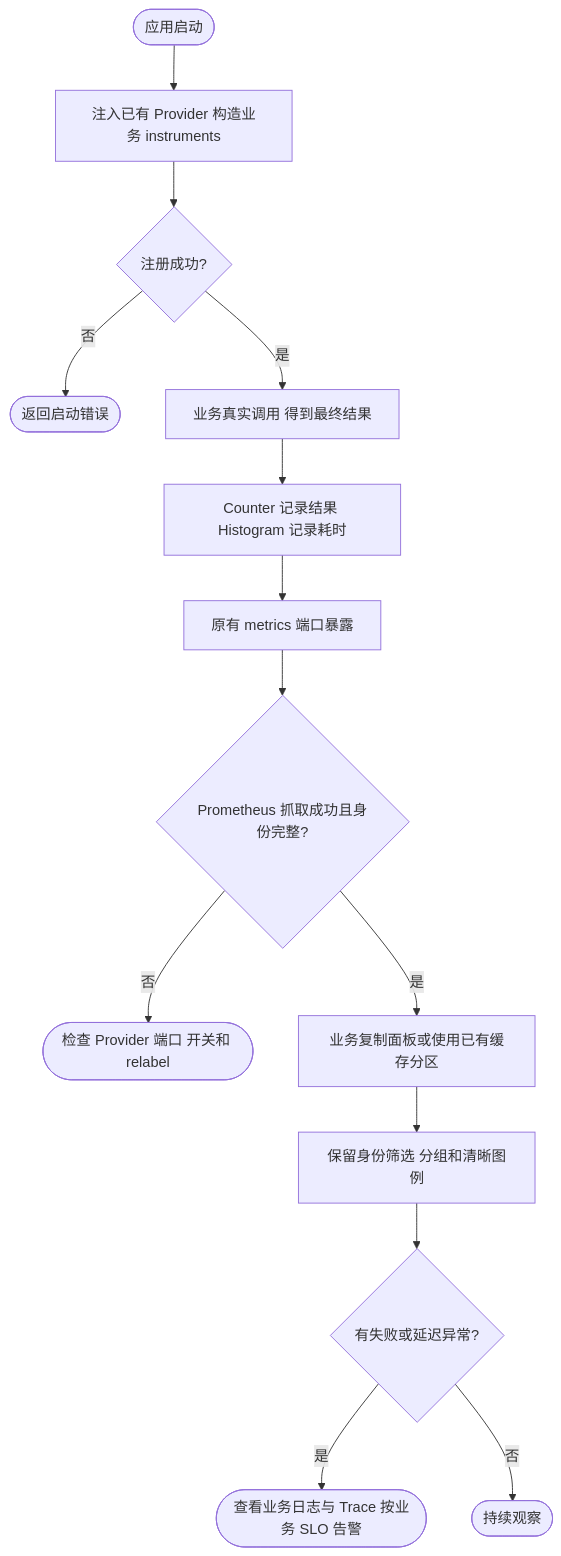
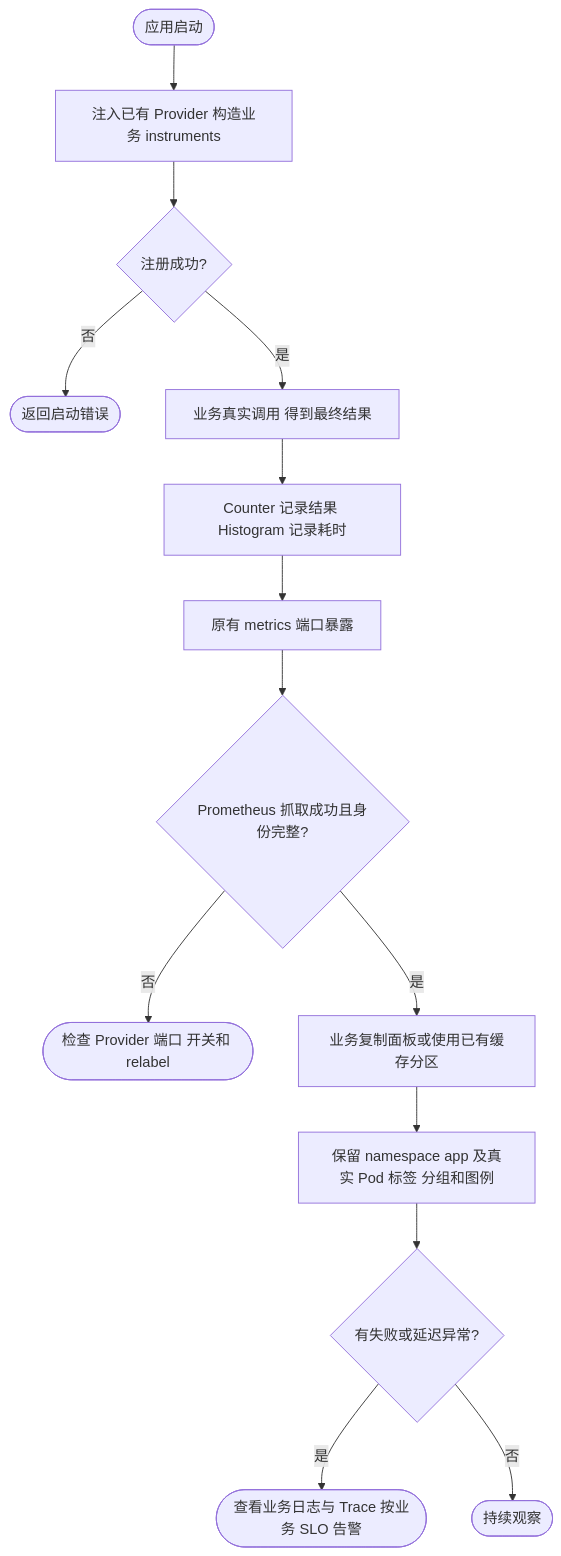
Before and after one commit to jaggerzhuang1994/kratos-foundation: the diagram in deploy/observability/docs/business-metrics.md, drawn with Mermaid. The commit also changed other lines of this file and 204 other files, not shown here.

````diff
--- a/deploy/observability/docs/business-metrics.md
+++ b/deploy/observability/docs/business-metrics.md
@@ -108,16 +110,16 @@
 ```mermaid
 flowchart TD
     A([应用启动]) --> B[注入已有 Provider 构造业务 instruments]
     B --> C{注册成功?}
     C -- 否 --> D([返回启动错误])
     C -- 是 --> E[业务真实调用 得到最终结果]
     E --> F[Counter 记录结果 Histogram 记录耗时]
     F --> G[原有 metrics 端口暴露]
     G --> H{Prometheus 抓取成功且身份完整?}
     H -- 否 --> I([检查 Provider 端口 开关和 relabel])
     H -- 是 --> J[业务复制面板或使用已有缓存分区]
-    J --> K[保留身份筛选 分组和清晰图例]
+    J --> K[保留 namespace app 及真实 Pod 标签 分组和图例]
     K --> L{有失败或延迟异常?}
     L -- 是 --> M([查看业务日志与 Trace 按业务 SLO 告警])
     L -- 否 --> N([持续观察])
 ```
````
